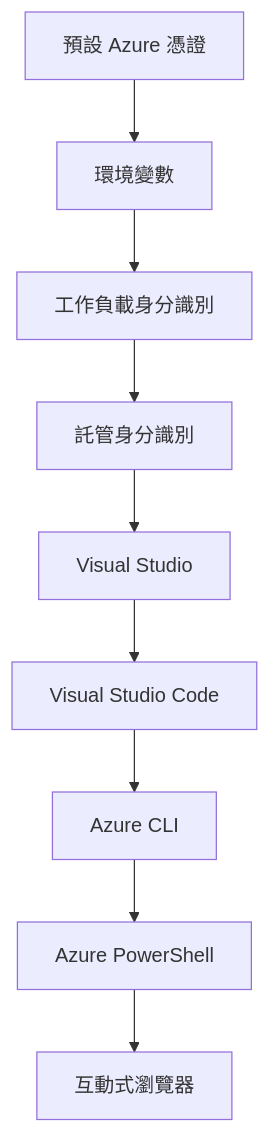
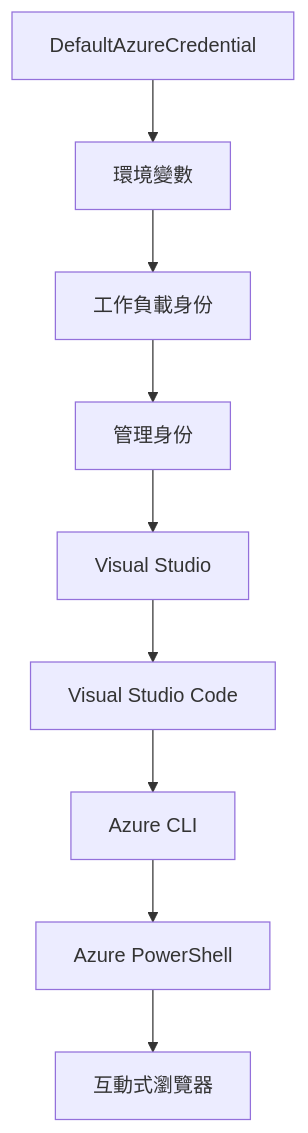
One commit to microsoft/AZD-for-beginners changed the second of 2 diagrams in translations/zh-MO/docs/chapter-01-foundation/azd-basics.md. Above: the diagram before and after it, drawn with Mermaid. The commit also changed other lines of this file and 101 other files, not shown here.

````diff
--- a/translations/zh-MO/docs/chapter-01-foundation/azd-basics.md
+++ b/translations/zh-MO/docs/chapter-01-foundation/azd-basics.md
@@ -593,11 +591,11 @@
 ```mermaid
 graph TD
-    A[預設 Azure 憑證] --> B[環境變數]
-    B --> C[工作負載身分識別]
-    C --> D[託管身分識別]
+    A[DefaultAzureCredential] --> B[環境變數]
+    B --> C[工作負載身份]
+    C --> D[管理身份]
     D --> E[Visual Studio]
     E --> F[Visual Studio Code]
     F --> G[Azure CLI]
     G --> H[Azure PowerShell]
     H --> I[互動式瀏覽器]
 ```
````
